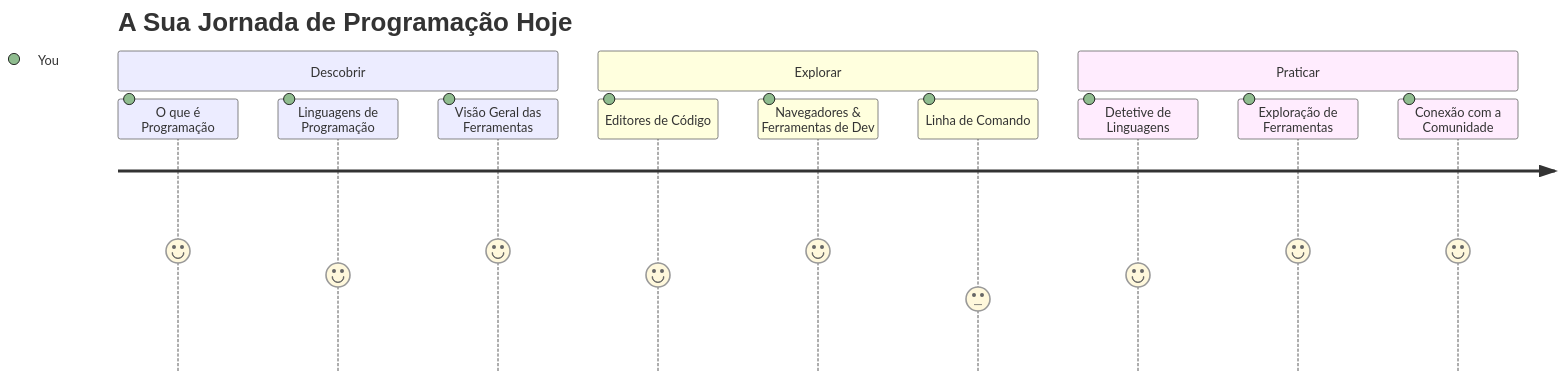
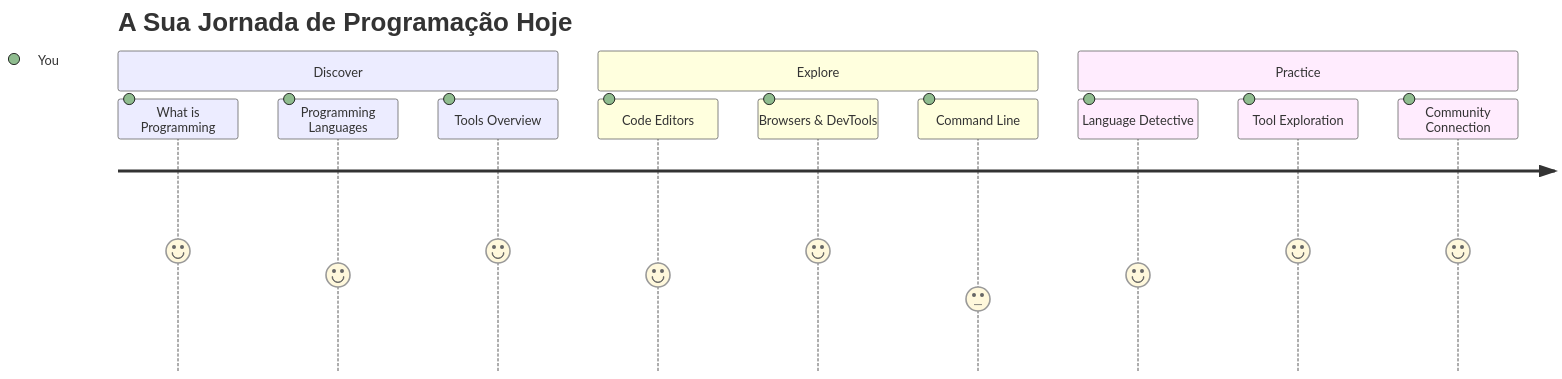
Before and after one commit to microsoft/Web-Dev-For-Beginners: the first of 7 diagrams in translations/pt-PT/1-getting-started-lessons/1-intro-to-programming-languages/README.md, drawn with Mermaid. The commit also changed other lines of this file and 8 other files, not shown here.

````diff
--- a/translations/pt-PT/1-getting-started-lessons/1-intro-to-programming-languages/README.md
+++ b/translations/pt-PT/1-getting-started-lessons/1-intro-to-programming-languages/README.md
@@ -14,16 +14,16 @@
 ```mermaid
 journey
     title A Sua Jornada de Programação Hoje
-    section Descobrir
-      O que é Programação: 5: You
-      Linguagens de Programação: 4: You
-      Visão Geral das Ferramentas: 5: You
-    section Explorar
-      Editores de Código: 4: You
-      Navegadores & Ferramentas de Dev: 5: You
-      Linha de Comando: 3: You
-    section Praticar
-      Detetive de Linguagens: 4: You
-      Exploração de Ferramentas: 5: You
-      Conexão com a Comunidade: 5: You
+    section Discover
+      What is Programming: 5: You
+      Programming Languages: 4: You
+      Tools Overview: 5: You
+    section Explore
+      Code Editors: 4: You
+      Browsers & DevTools: 5: You
+      Command Line: 3: You
+    section Practice
+      Language Detective: 4: You
+      Tool Exploration: 5: You
+      Community Connection: 5: You
 ```
````
